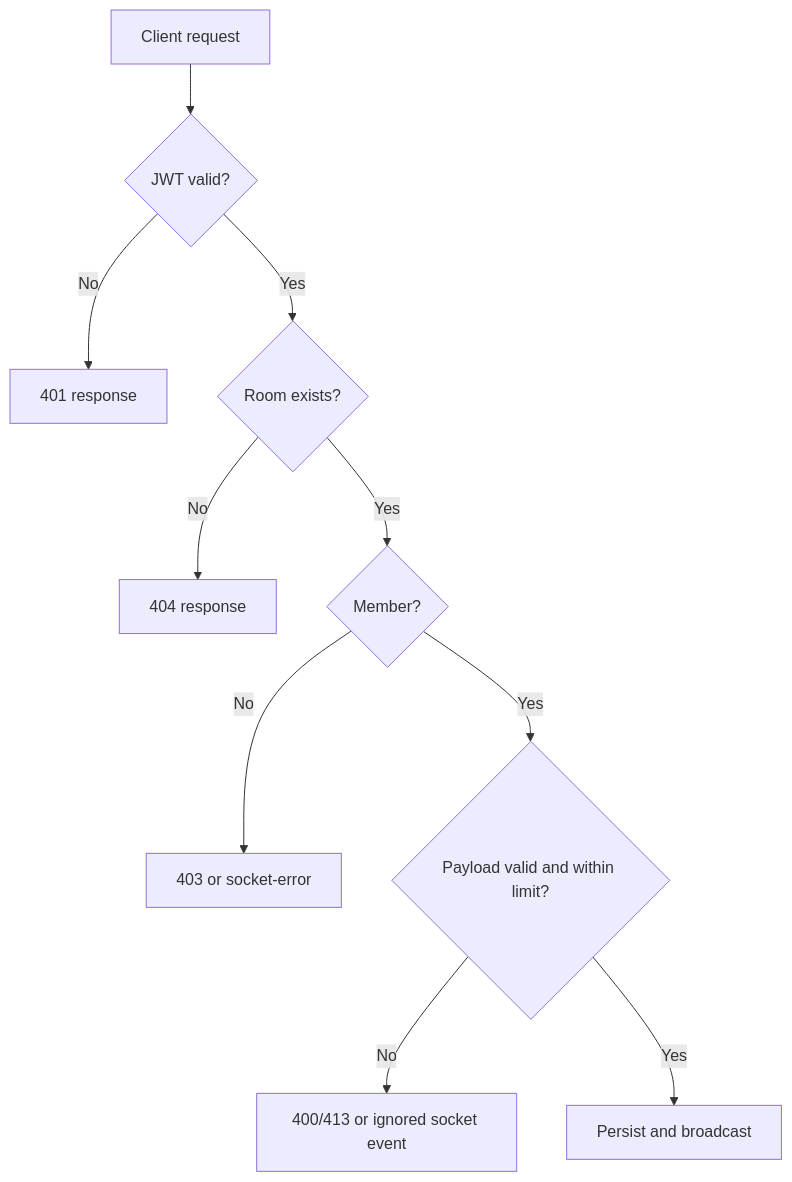
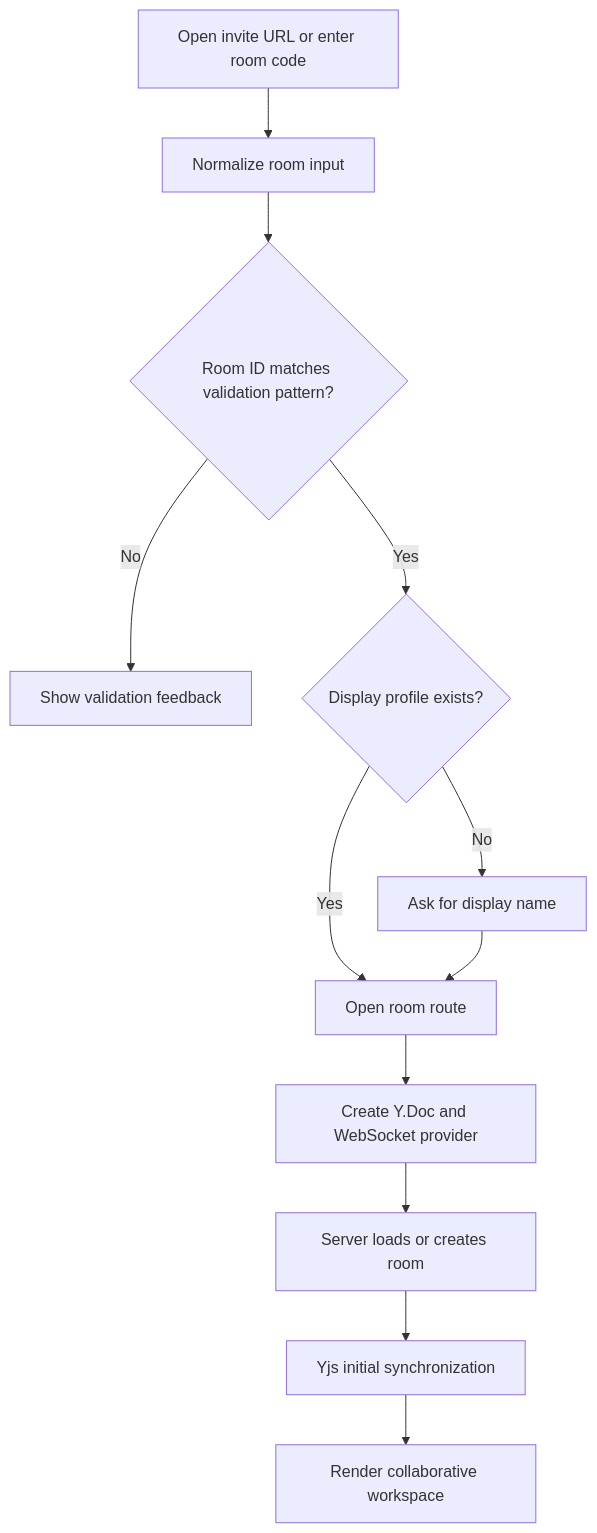
Before and after one commit to SonamNarula/CodeFusion-a-collaborative-real-time-code-editor: the fifth of 11 diagrams in README.md, drawn with Mermaid. The commit also changed other lines of this file, not shown here.

````diff
--- a/README.md
+++ b/README.md
@@ -1179,12 +613,14 @@
 ```mermaid
 flowchart TD
-    Request[Client request] --> Auth{JWT valid?}
-    Auth -->|No| Unauthorized[401 response]
-    Auth -->|Yes| Resource{Room exists?}
-    Resource -->|No| NotFound[404 response]
-    Resource -->|Yes| Member{Member?}
-    Member -->|No| Forbidden[403 or socket-error]
-    Member -->|Yes| Payload{Payload valid and within limit?}
-    Payload -->|No| Rejected[400/413 or ignored socket event]
-    Payload -->|Yes| Process[Persist and broadcast]
+    A[Open invite URL or enter room code] --> B[Normalize room input]
+    B --> C{Room ID matches validation pattern?}
+    C -->|No| D[Show validation feedback]
+    C -->|Yes| E{Display profile exists?}
+    E -->|No| F[Ask for display name]
+    E -->|Yes| G[Open room route]
+    F --> G
+    G --> H[Create Y.Doc and WebSocket provider]
+    H --> I[Server loads or creates room]
+    I --> J[Yjs initial synchronization]
+    J --> K[Render collaborative workspace]
 ```
````
